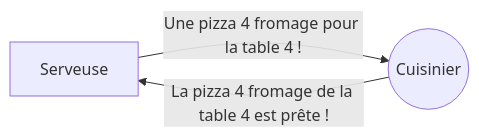
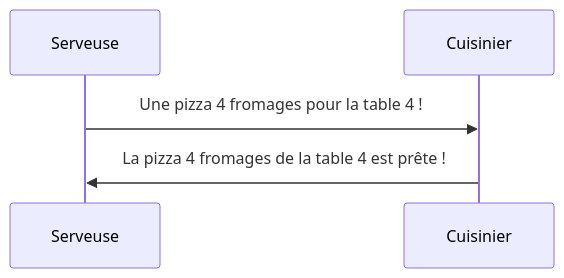
Before and after one commit to ZamBoyle/Eqla_HTML: the second of 5 diagrams in README.md, drawn with Mermaid. The commit also changed other lines of this file and 39 other files, not shown here.

````diff
--- a/README.md
+++ b/README.md
@@ -42,5 +70,7 @@
 ```mermaid
-graph LR
-A[Serveuse] -- Une pizza 4 fromage pour la table 4 ! --> B((Cuisinier))
-B -- La pizza 4 fromage de la table 4 est prête !  --> A
+sequenceDiagram
+    participant Serveuse
+    participant Cuisinier
+    Serveuse->>Cuisinier: Une pizza 4 fromages pour la table 4 !
+    Cuisinier->>Serveuse: La pizza 4 fromages de la table 4 est prête !
 ```
````
